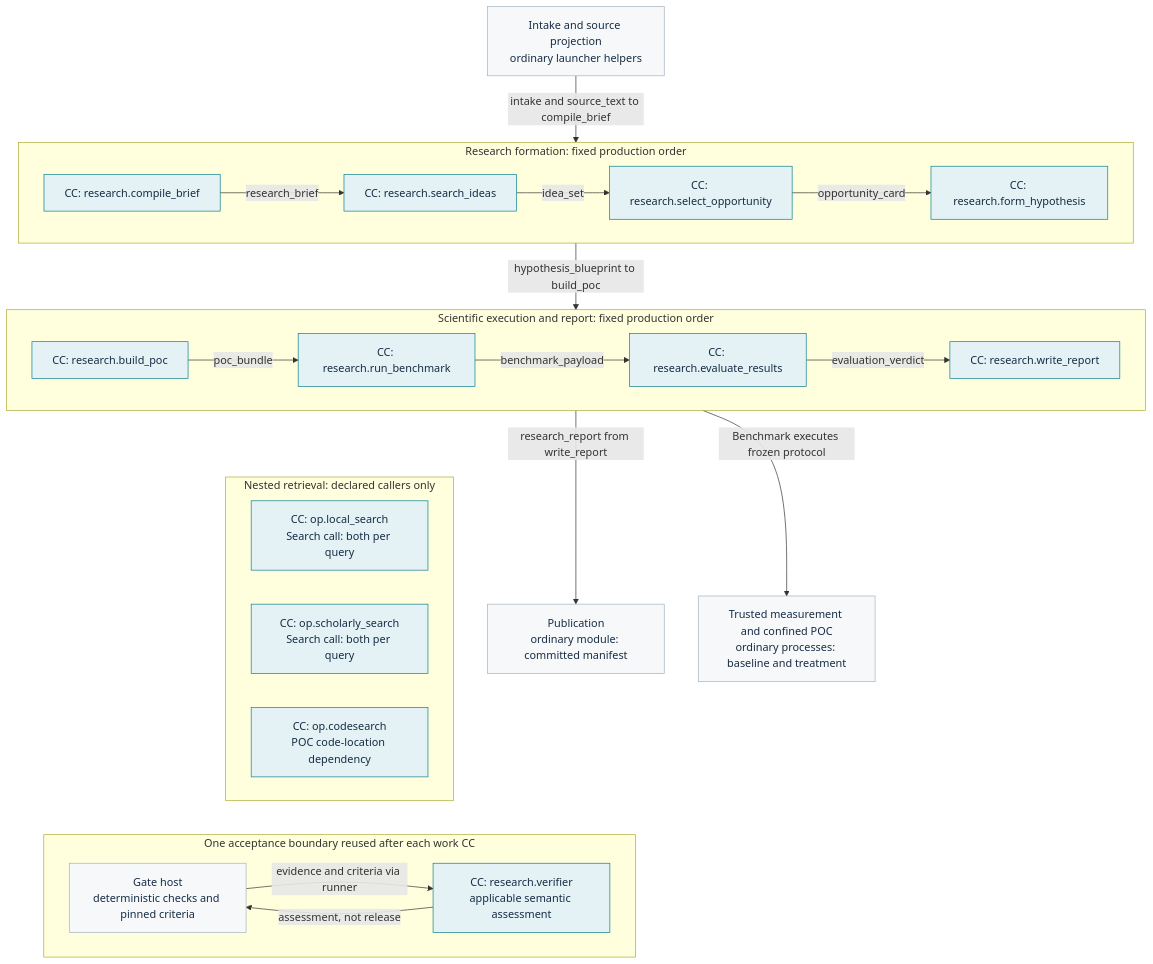
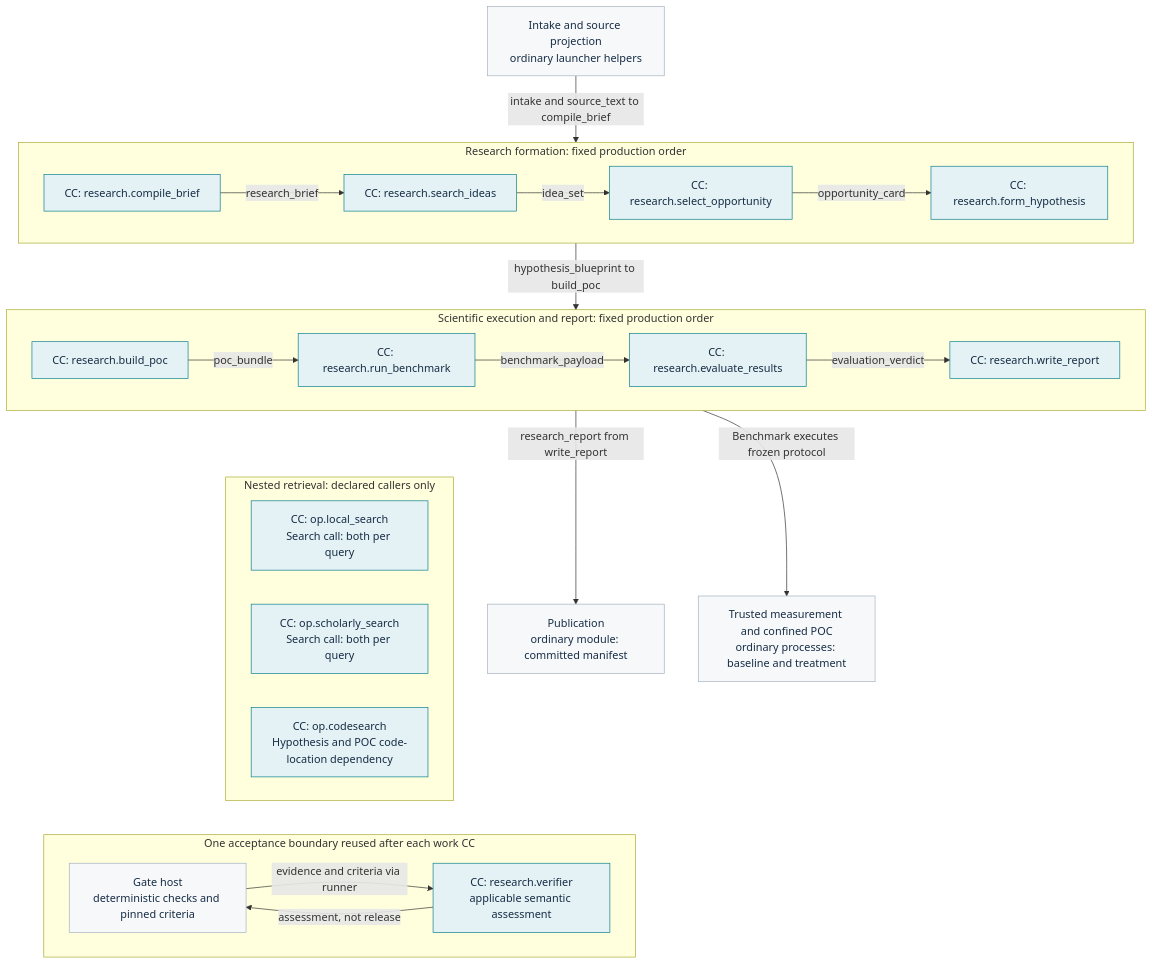
One commit to Stellven/jiuwenswarm changed the first of 2 diagrams in docs/architecture/system/overall-draft.md. Above: the diagram before and after it, drawn with Mermaid. The commit also changed other lines of this file and 18 other files, not shown here.

Commit message:
Publish linked M1 architecture snapshot and defer capsule interaction analysis

````diff
--- a/docs/architecture/system/overall-draft.md
+++ b/docs/architecture/system/overall-draft.md
@@ -28,42 +28,42 @@
 ```mermaid
 flowchart TB
     IN["Intake and source projection<br/>ordinary launcher helpers"]
     subgraph A["Research formation: fixed production order"]
         direction LR
         BR["CC: research.compile_brief"] -->|"research_brief"| SE["CC: research.search_ideas"]
         SE -->|"idea_set"| SC["CC: research.select_opportunity"]
         SC -->|"opportunity_card"| HY["CC: research.form_hypothesis"]
     end
     subgraph B["Scientific execution and report: fixed production order"]
         direction LR
         PO["CC: research.build_poc"] -->|"poc_bundle"| BM["CC: research.run_benchmark"]
         BM -->|"benchmark_payload"| EV["CC: research.evaluate_results"]
         EV -->|"evaluation_verdict"| RE["CC: research.write_report"]
     end
     subgraph RET["Nested retrieval: declared callers only"]
         direction LR
         LS["CC: op.local_search<br/>Search call: both per query"]
         SS["CC: op.scholarly_search<br/>Search call: both per query"]
-        CS["CC: op.codesearch<br/>POC code-location dependency"]
+        CS["CC: op.codesearch<br/>Hypothesis and POC code-location dependency"]
     end
     subgraph ACCEPT["One acceptance boundary reused after each work CC"]
         direction LR
         GH["Gate host<br/>deterministic checks and pinned criteria"]
         VE["CC: research.verifier<br/>applicable semantic assessment"]
         GH -->|"evidence and criteria via runner"| VE
         VE -->|"assessment, not release"| GH
     end
     PUB["Publication<br/>ordinary module: committed manifest"]
     MEAS["Trusted measurement and confined POC<br/>ordinary processes: baseline and treatment"]
     IN -->|"intake and source_text to compile_brief"| A
     A -->|"hypothesis_blueprint to build_poc"| B
     B -->|"Benchmark executes frozen protocol"| MEAS
     B -->|"research_report from write_report"| PUB
     B ~~~ RET
     RET ~~~ ACCEPT
     classDef cc fill:#E4F2F5,stroke:#087E8B,color:#172D45;
     classDef service fill:#F6F8FA,stroke:#A5B2BE,color:#172D45;
     classDef conditional fill:#E4F2F5,stroke:#087E8B,stroke-dasharray:5 4,color:#172D45;
     class BR,SE,SC,HY,PO,BM,EV,RE,LS,SS,CS,VE cc;
     class IN,GH,PUB,MEAS service;
 ```
````
